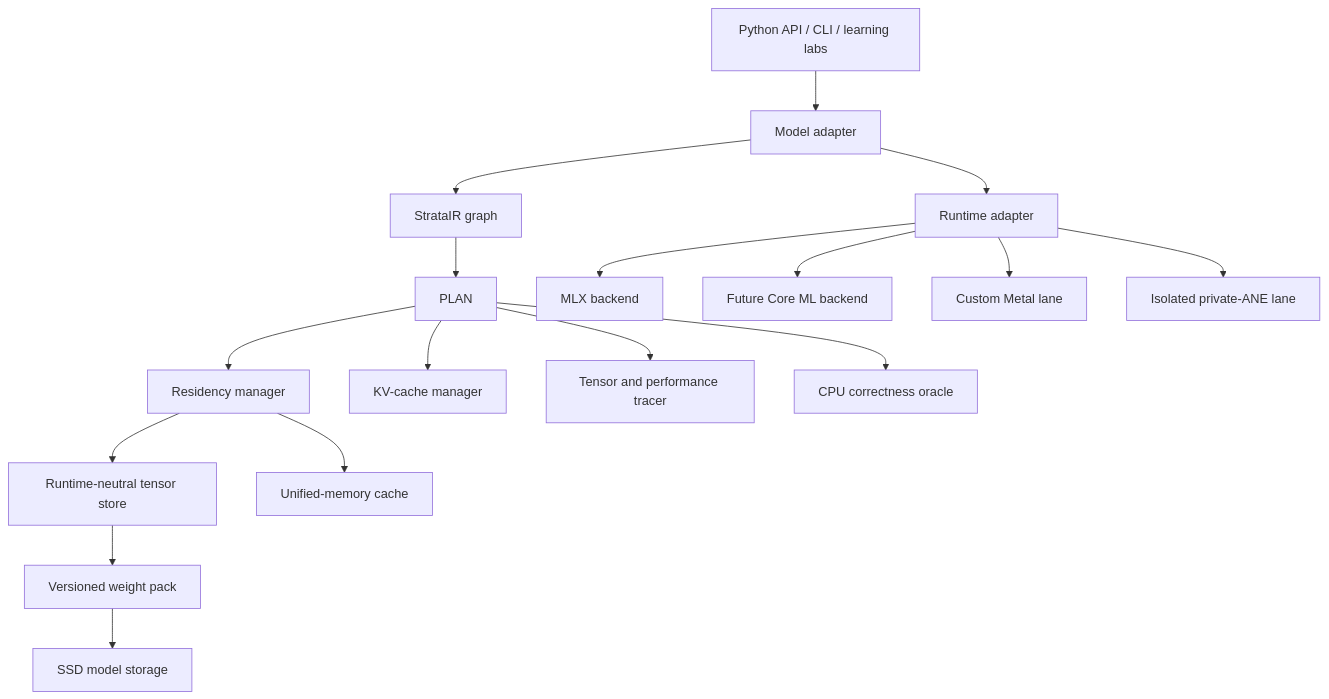
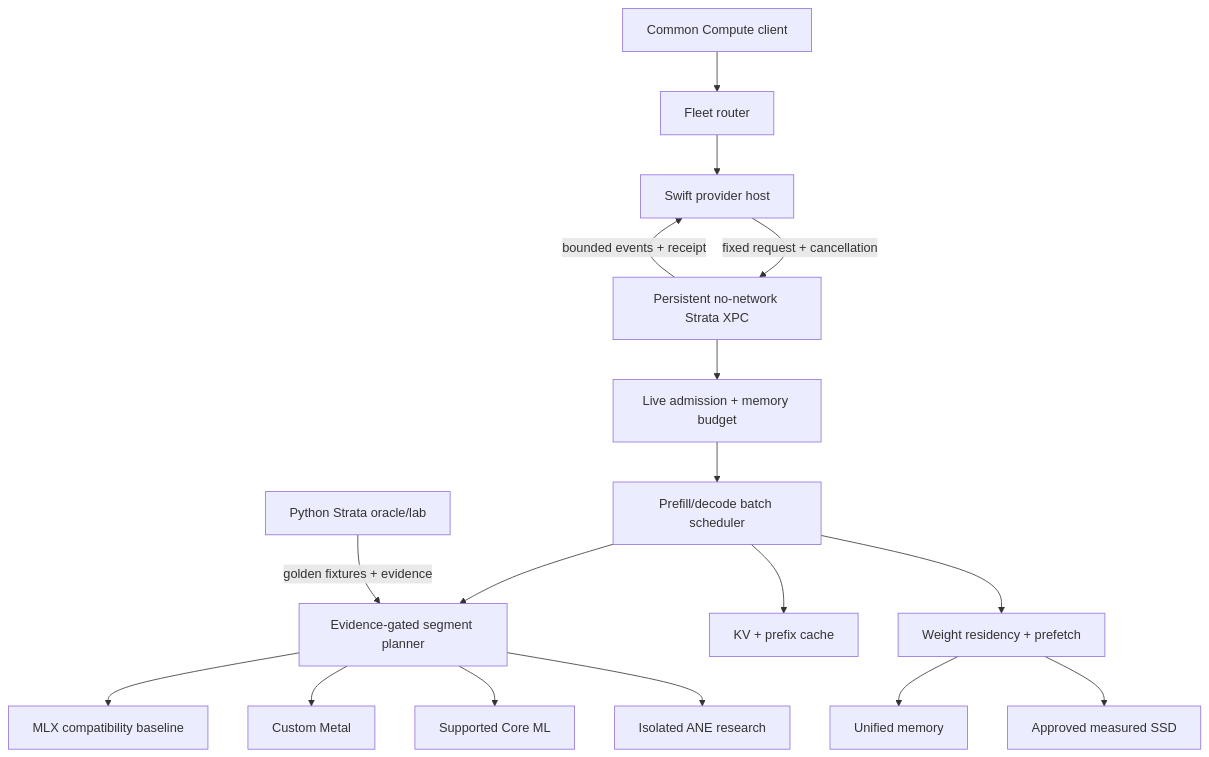
The first of 2 diagrams in README.md (Ikaikaalika/strata), drawn with Mermaid before and after one commit. The commit also changed other lines of this file and 2 other files, not shown here.

Commit message:
Freeze Strata Common Compute architecture

````diff
--- a/README.md
+++ b/README.md
@@ -56,21 +56,20 @@
 ```mermaid
 flowchart TD
-    API["Python API / CLI / learning labs"] --> MODEL["Model adapter"]
-    MODEL --> IR["StrataIR graph"]
-    IR --> PLAN
-    PLAN --> RES["Residency manager"]
-    PLAN --> KV["KV-cache manager"]
-    PLAN --> TRACE["Tensor and performance tracer"]
+    CLIENT["Common Compute client"] --> ROUTER["Fleet router"]
+    ROUTER --> HOST["Swift provider host"]
+    HOST -->|"fixed request + cancellation"| XPC["Persistent no-network Strata XPC"]
+    XPC --> ADMIT["Live admission + memory budget"]
+    ADMIT --> BATCH["Prefill/decode batch scheduler"]
+    BATCH --> PLAN["Evidence-gated segment planner"]
+    PLAN --> MLX["MLX compatibility baseline"]
+    PLAN --> METAL["Custom Metal"]
+    PLAN --> COREML["Supported Core ML"]
+    PLAN --> ANE["Isolated ANE research"]
+    BATCH --> KV["KV + prefix cache"]
+    BATCH --> RES["Weight residency + prefetch"]
+    RES --> RAM["Unified memory"]
+    RES --> SSD["Approved measured SSD"]
+    XPC -->|"bounded events + receipt"| HOST
 
-    MODEL --> RUNTIME["Runtime adapter"]
-    RUNTIME --> MLX["MLX backend"]
-    RUNTIME --> COREML["Future Core ML backend"]
-    RUNTIME --> METAL["Custom Metal lane"]
-    RUNTIME --> ANE["Isolated private-ANE lane"]
-    PLAN --> CPU["CPU correctness oracle"]
-
-    RES --> STORE["Runtime-neutral tensor store"]
-    STORE --> PACK["Versioned weight pack"]
-    PACK --> SSD["SSD model storage"]
-    RES --> RAM["Unified-memory cache"]
+    LAB["Python Strata oracle/lab"] -->|"golden fixtures + evidence"| PLAN
 ```
````
